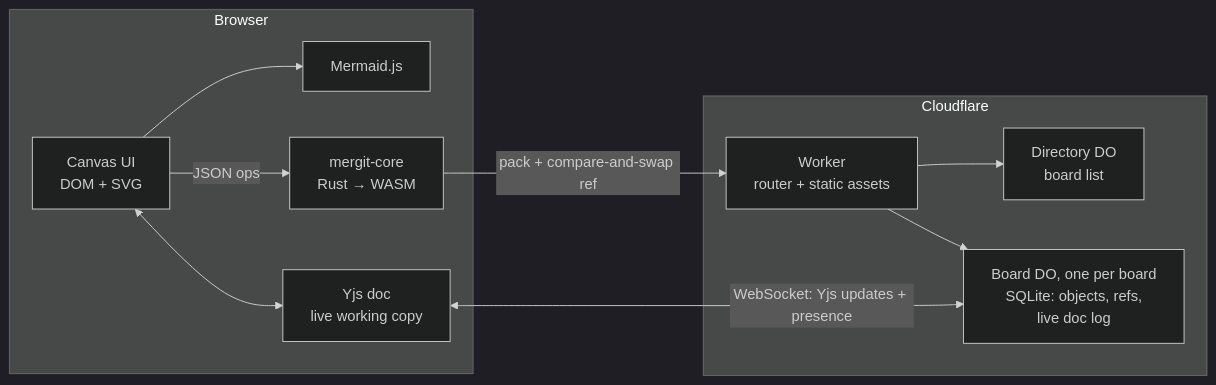
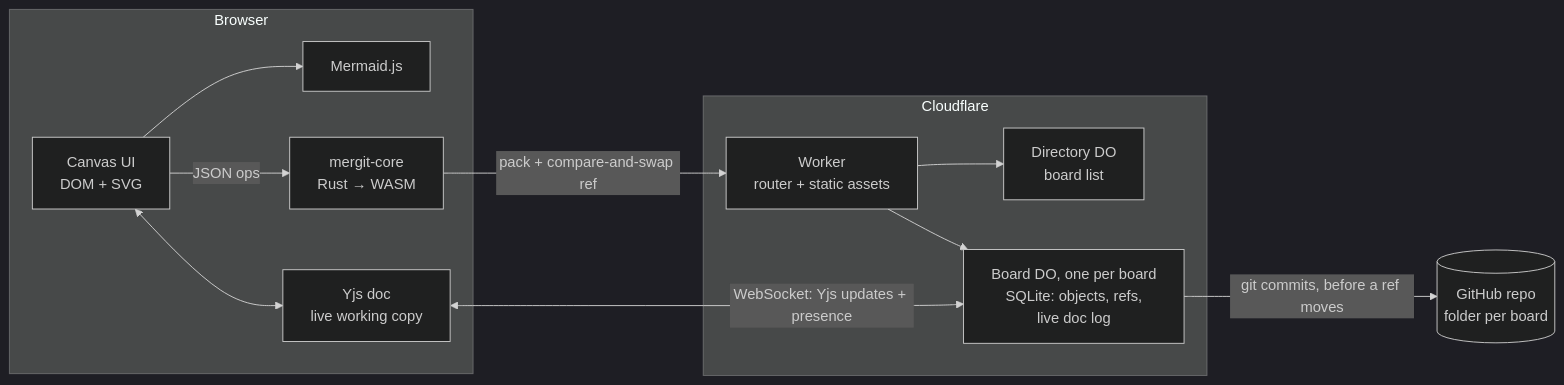
Before and after one commit to samcolson4/mergit: the diagram in README.md, drawn with Mermaid (dark theme). The commit also changed other lines of this file and 1 other file, not shown here.

Commit message:
docs: document GitHub storage, setup and remaining work

````diff
--- a/README.md
+++ b/README.md
@@ -75,14 +85,15 @@
 ```mermaid
 flowchart LR
   subgraph Browser
     UI[Canvas UI<br/>DOM + SVG] --> MM[Mermaid.js]
     UI -->|JSON ops| Core[mergit-core<br/>Rust → WASM]
     UI <--> YD[Yjs doc<br/>live working copy]
   end
   subgraph Cloudflare
     W[Worker<br/>router + static assets] --> Dir[Directory DO<br/>board list]
     W --> B[Board DO, one per board<br/>SQLite: objects, refs,<br/>live doc log]
   end
   Core -->|pack + compare-and-swap ref| W
   YD <-->|WebSocket: Yjs updates + presence| B
+  B -->|git commits, before a ref moves| GH[(GitHub repo<br/>folder per board)]
 ```
````
